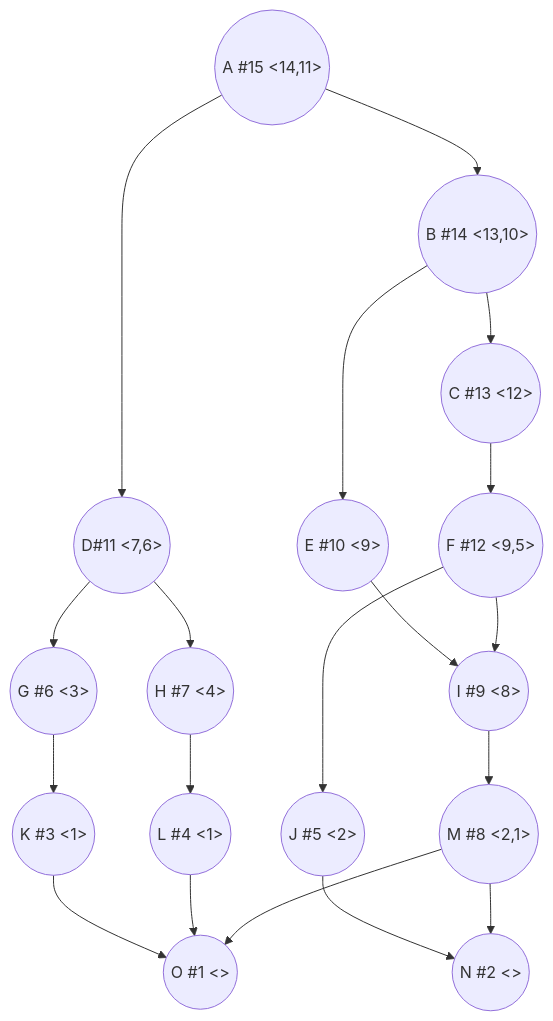
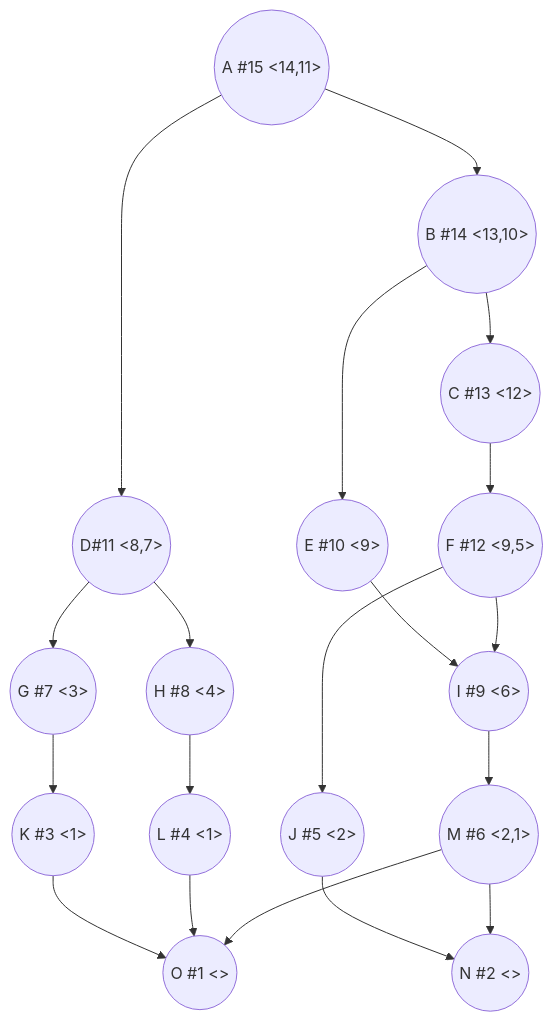
The third of 4 diagrams in task-7/biba-boba-task7.md (hse-algo-24-crow/manual-tasks-crow), drawn with Mermaid before and after one commit. The commit also changed other lines of this file, not shown here.

````diff
--- a/task-7/biba-boba-task7.md
+++ b/task-7/biba-boba-task7.md
@@ -76,21 +76,21 @@
 ```mermaid
 graph TB
 A((A #15 <14,11>))-->D((D #13 <7,6>))
 A-->B((B #14 <13,10>))
 B-->C((C #13 <12>))
 B-->E((E #10 <9>))
 C-->F((F #12 <9,5>))
-D((D#11 <7,6>))-->G((G))
-D-->H((H #7 <4>))
-E-->I((I #9 <8>))
+D((D#11 <8,7>))-->G((G))
+D-->H((H #8 <4>))
+E-->I((I #9 <6>))
 F-->J((J #5 <2>))
-F-->I((I #9 <8>))
-G((G #6 <3>))-->K((K #3 <1>))
+F-->I((I #9 <6>))
+G((G #7 <3>))-->K((K #3 <1>))
 H-->L((L #4 <1>))
-I-->M((M #8 <2,1>))
+I-->M((M #6 <2,1>))
 J-->N((N))
 K-->O((O))
 L-->O((O #1 <>))
 M-->N((N #2 <>))
 M-->O
 ```
````
